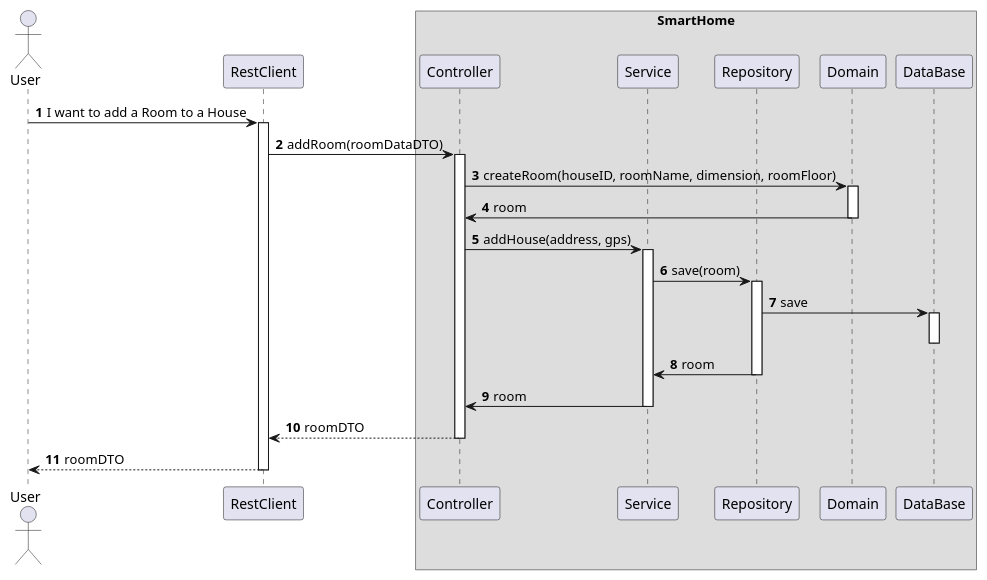
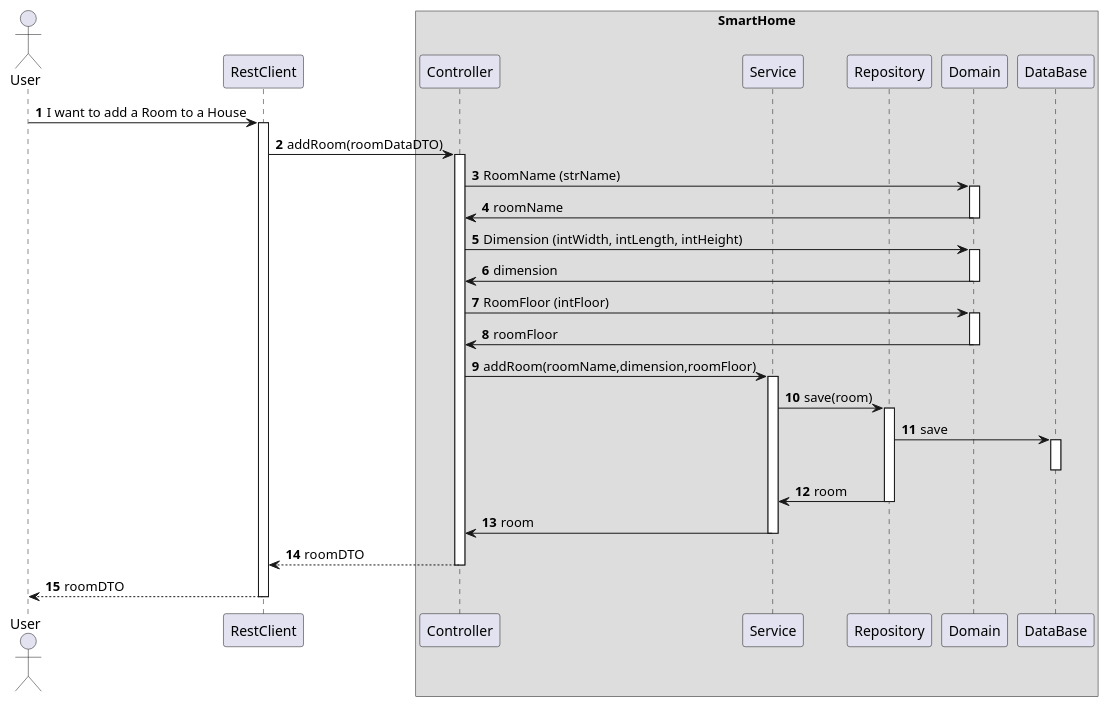
One commit to olivDiogo/SmartHome changed the diagram in docs/ooa/C4_4plus1_models/Level4/ProcessView/ProcessViewLevel4_UC02.puml. Above: the diagram before and after it, drawn with PlantUML. The commit also changed 1 other file, not shown here.

```diff
--- a/docs/ooa/C4_4plus1_models/Level4/ProcessView/ProcessViewLevel4_UC02.puml
+++ b/docs/ooa/C4_4plus1_models/Level4/ProcessView/ProcessViewLevel4_UC02.puml
@@ -1,53 +1,63 @@
 @startuml
 'https://plantuml.com/sequence-diagram
 !pragma layout smetana
 
 autonumber
 
 actor "User" as User
 participant "RestClient" as RC
 
 box "SmartHome"
     participant "Controller" as CTRL
     participant "Service" as SV
     participant "Repository" as REPO
     participant "Domain" as DOM
     participant "DataBase" as BD
 end box
 
 User -> RC : I want to add a Room to a House
 activate RC
 
 RC -> CTRL : addRoom(roomDataDTO)
 activate CTRL
 
 
 
-CTRL -> DOM : createRoom(houseID, roomName, dimension, roomFloor)
+CTRL -> DOM : RoomName (strName)
 activate DOM
-DOM -> CTRL : room
+DOM -> CTRL : roomName
 deactivate DOM
 
-CTRL -> SV : addHouse(address, gps)
+CTRL -> DOM : Dimension (intWidth, intLength, intHeight)
+activate DOM
+DOM -> CTRL : dimension
+deactivate DOM
+
+CTRL -> DOM : RoomFloor (intFloor)
+activate DOM
+DOM -> CTRL : roomFloor
+deactivate DOM
+
+CTRL -> SV :addRoom(roomName,dimension,roomFloor)
 activate SV
 
 SV -> REPO : save(room)
 activate REPO
 REPO -> BD : save
 activate BD
 deactivate BD
 REPO -> SV : room
 deactivate REPO
 
 SV -> CTRL : room
 deactivate SV
 
 
 CTRL --> RC : roomDTO
 deactivate CTRL
 
 RC --> User : roomDTO
 deactivate RC
 
 
 @enduml
```
